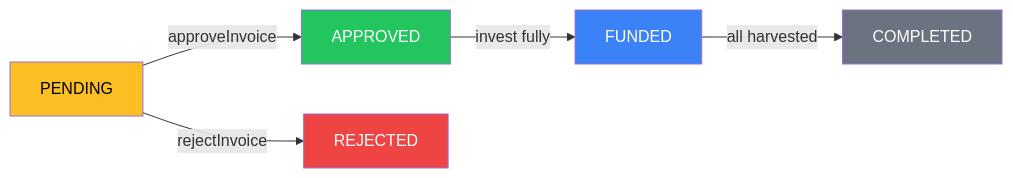
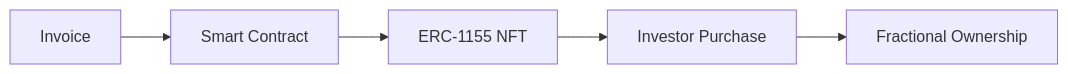
The first of 2 diagrams in gitbook/features/tokenization.md (OwnaFarm/docs), drawn with Mermaid before and after one commit. The commit also changed other lines of this file and 17 other files, not shown here.

````diff
--- a/gitbook/features/tokenization.md
+++ b/gitbook/features/tokenization.md
@@ -74,13 +11,7 @@
 ```mermaid
 flowchart LR
-    A[PENDING] -->|approveInvoice| B[APPROVED]
-    A -->|rejectInvoice| C[REJECTED]
-    B -->|invest fully| D[FUNDED]
-    D -->|all harvested| E[COMPLETED]
-
-    style A fill:#fbbf24,color:#000
-    style B fill:#22c55e,color:#fff
-    style C fill:#ef4444,color:#fff
-    style D fill:#3b82f6,color:#fff
-    style E fill:#6b7280,color:#fff
+    A[Invoice] --> B[Smart Contract]
+    B --> C[ERC-1155 NFT]
+    C --> D[Investor Purchase]
+    D --> E[Fractional Ownership]
 ```
````
